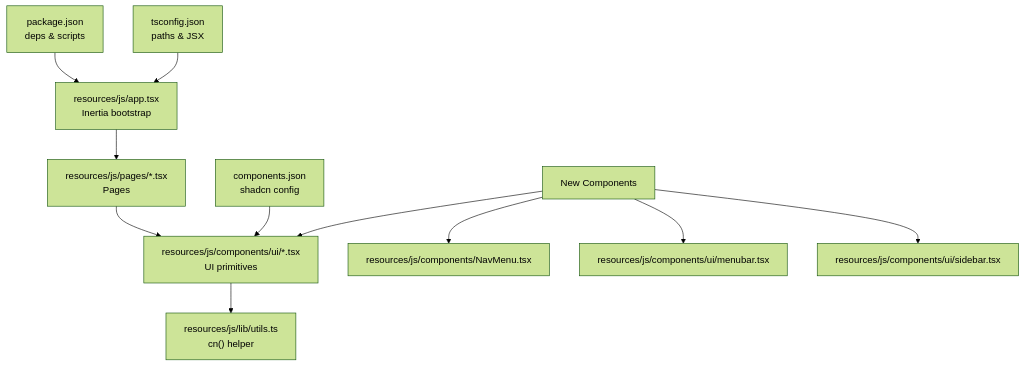
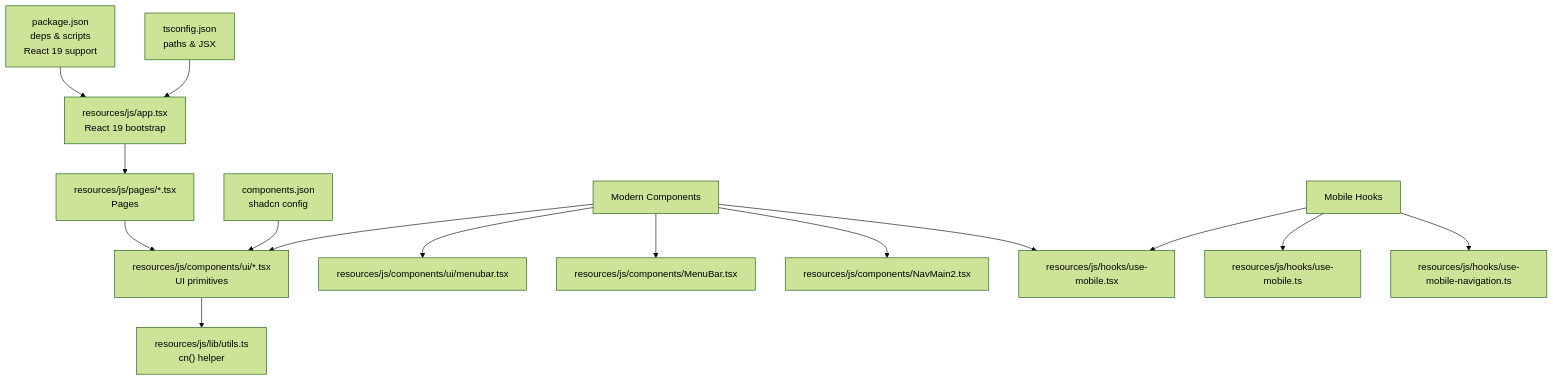
The first of 12 diagrams in .qoder/repowiki/en/content/Frontend Components & UI/Frontend Components & UI.md (vincet0t15/template), drawn with Mermaid (forest theme) before and after one commit. The commit also changed other lines of this file and 5 other files, not shown here.

````diff
--- a/.qoder/repowiki/en/content/Frontend Components & UI/Frontend Components & UI.md
+++ b/.qoder/repowiki/en/content/Frontend Components & UI/Frontend Components & UI.md
@@ -57,13 +69,17 @@
 ```mermaid
 graph TB
-A["resources/js/app.tsx<br/>Inertia bootstrap"] --> B["resources/js/pages/*.tsx<br/>Pages"]
+A["resources/js/app.tsx<br/>React 19 bootstrap"] --> B["resources/js/pages/*.tsx<br/>Pages"]
 B --> C["resources/js/components/ui/*.tsx<br/>UI primitives"]
 C --> D["resources/js/lib/utils.ts<br/>cn() helper"]
 E["components.json<br/>shadcn config"] --> C
-F["package.json<br/>deps & scripts"] --> A
+F["package.json<br/>deps & scripts<br/>React 19 support"] --> A
 G["tsconfig.json<br/>paths & JSX"] --> A
-H["New Components"] --> C
-H --> I["resources/js/components/NavMenu.tsx"]
-H --> J["resources/js/components/ui/menubar.tsx"]
-H --> K["resources/js/components/ui/sidebar.tsx"]
+H["Modern Components"] --> C
+H --> I["resources/js/components/ui/menubar.tsx"]
+H --> J["resources/js/components/MenuBar.tsx"]
+H --> K["resources/js/components/NavMain2.tsx"]
+H --> L["resources/js/hooks/use-mobile.tsx"]
+M["Mobile Hooks"] --> L
+M --> N["resources/js/hooks/use-mobile.ts"]
+M --> O["resources/js/hooks/use-mobile-navigation.ts"]
 ```
````
